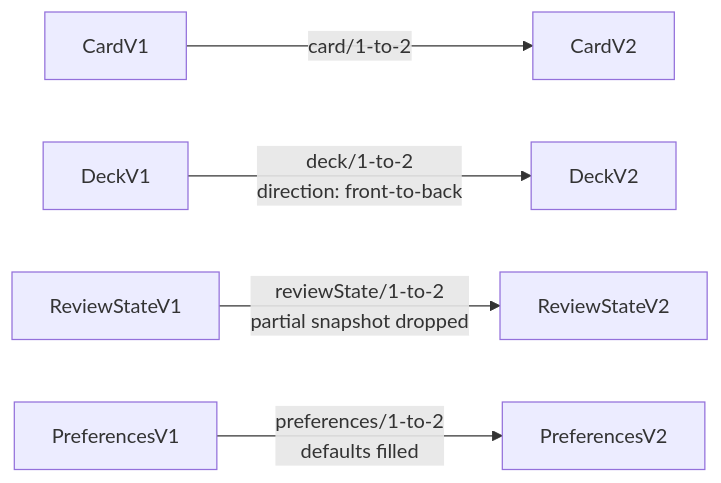
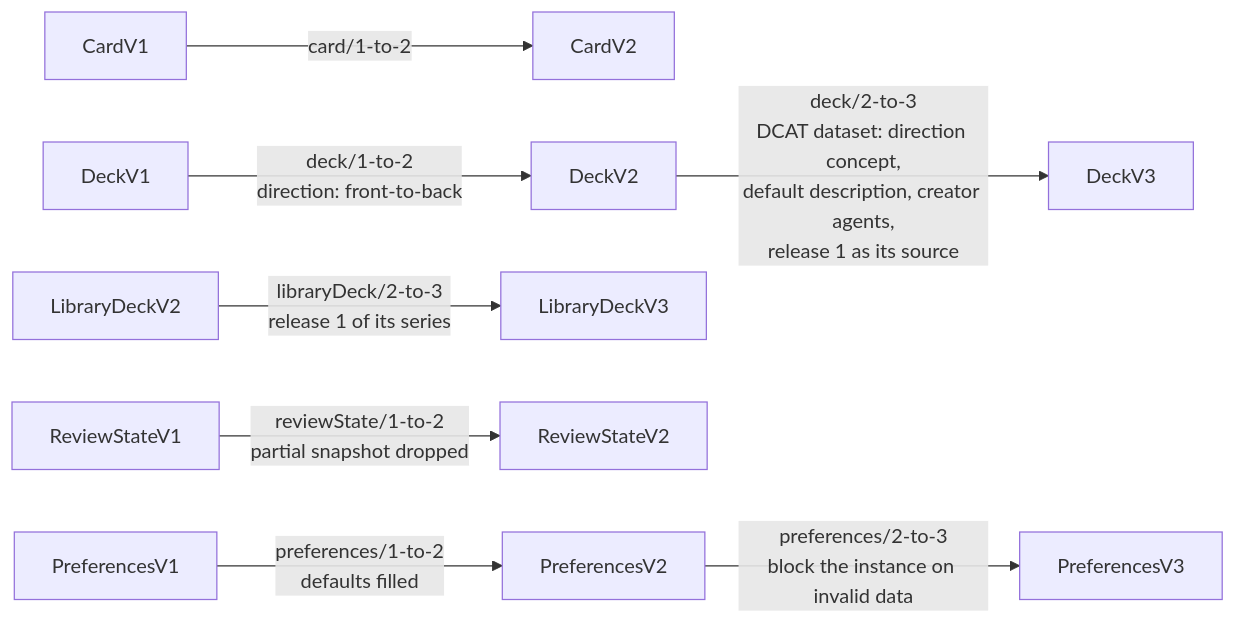
The first of 2 diagrams in docs/migrations.md (antwika/solid-memo), drawn with Mermaid before and after one commit. The commit also changed other lines of this file and 227 other files, not shown here.

````diff
--- a/docs/migrations.md
+++ b/docs/migrations.md
@@ -40,7 +40,10 @@
 ```mermaid
 flowchart LR
     v1["CardV1"] -->|card/1-to-2| v2["CardV2"]
     d1["DeckV1"] -->|deck/1-to-2<br/>direction: front-to-back| d2["DeckV2"]
+    d2 -->|deck/2-to-3<br/>DCAT dataset: direction concept,<br/>default description, creator agents,<br/>release 1 as its source| d3["DeckV3"]
+    l2["LibraryDeckV2"] -->|libraryDeck/2-to-3<br/>release 1 of its series| l3["LibraryDeckV3"]
     r1["ReviewStateV1"] -->|reviewState/1-to-2<br/>partial snapshot dropped| r2["ReviewStateV2"]
     p1["PreferencesV1"] -->|preferences/1-to-2<br/>defaults filled| p2["PreferencesV2"]
+    p2 -->|preferences/2-to-3<br/>block the instance on invalid data| p3["PreferencesV3"]
 ```
````
